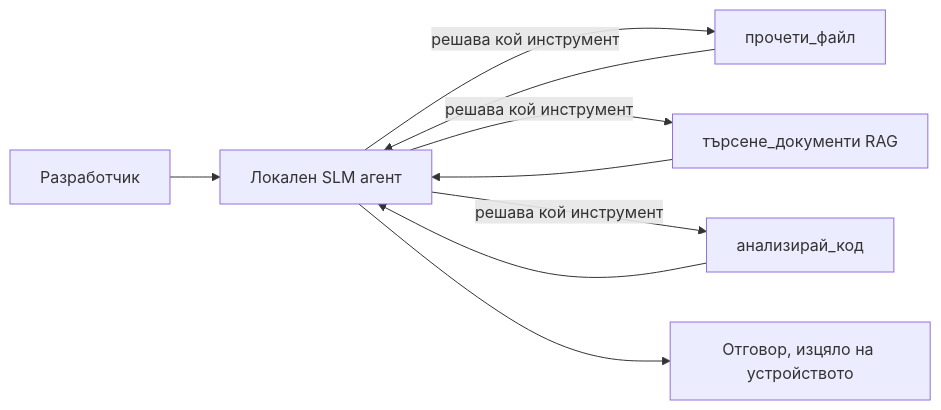
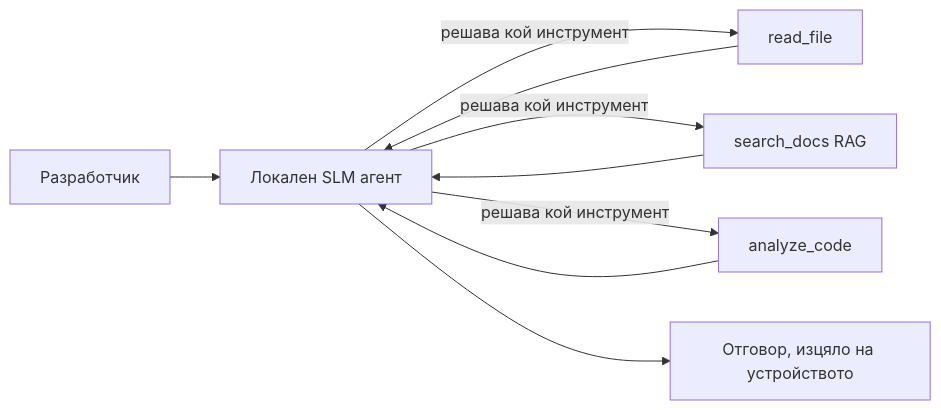
The first of 4 diagrams in translations/bg/17-creating-local-ai-agents/README.md (microsoft/ai-agents-for-beginners), drawn with Mermaid before and after one commit. The commit also changed other lines of this file and 46 other files, not shown here.

````diff
--- a/translations/bg/17-creating-local-ai-agents/README.md
+++ b/translations/bg/17-creating-local-ai-agents/README.md
@@ -66,11 +66,11 @@
 ```mermaid
 flowchart LR
     U[Разработчик] --> A[Локален SLM агент]
-    A -->|решава кой инструмент| T1[прочети_файл]
-    A -->|решава кой инструмент| T2[търсене_документи RAG]
-    A -->|решава кой инструмент| T3[анализирай_код]
+    A -->|решава кой инструмент| T1[read_file]
+    A -->|решава кой инструмент| T2[search_docs RAG]
+    A -->|решава кой инструмент| T3[analyze_code]
     T1 --> A
     T2 --> A
     T3 --> A
     A --> R[Отговор, изцяло на устройството]
 ```
````
